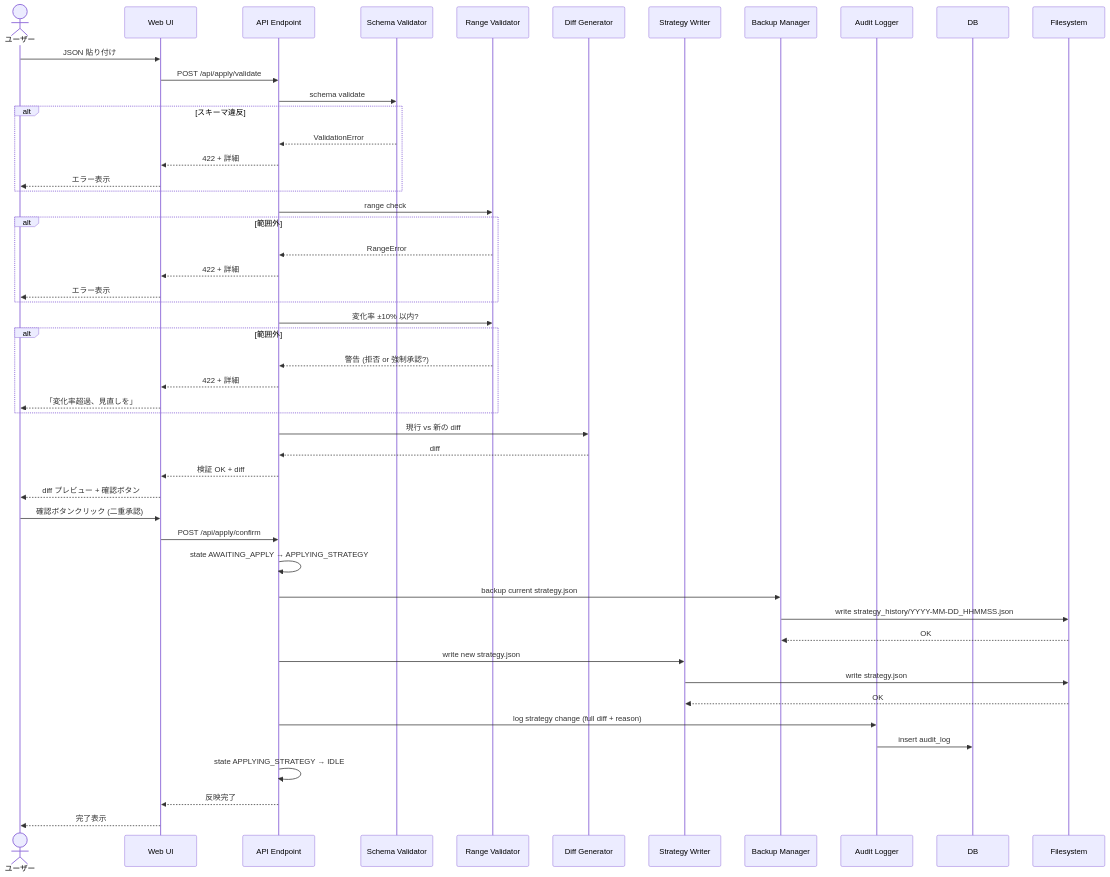
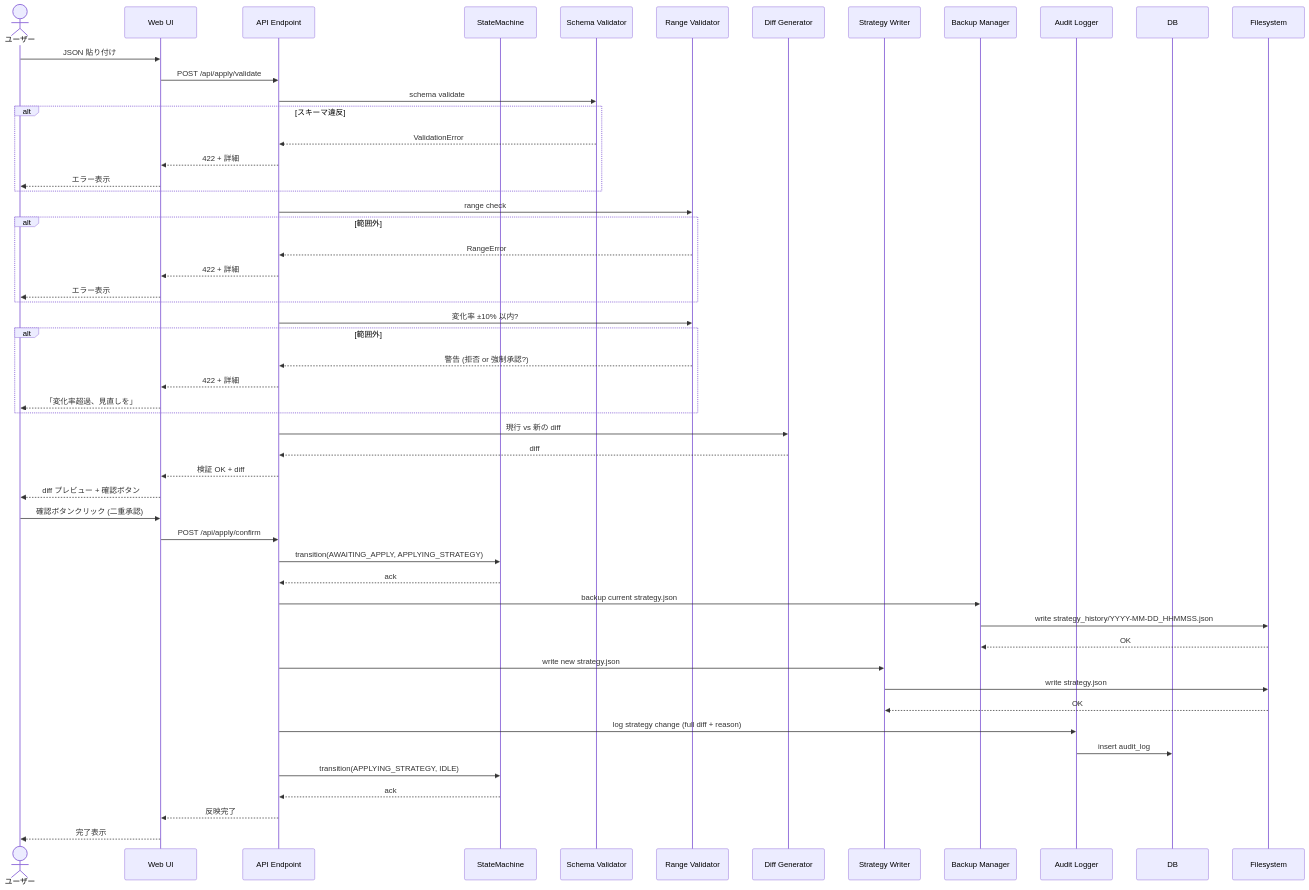
Before and after one commit to matrix9neonebuchadnezzar2199-sketch/YoRuu: the fifth of 7 diagrams in docs/design/06_sequence.md, drawn with Mermaid. The commit also changed other lines of this file and 6 other files, not shown here.

````diff
--- a/docs/design/06_sequence.md
+++ b/docs/design/06_sequence.md
@@ -197,53 +211,56 @@
 ```mermaid
 sequenceDiagram
     actor U as ユーザー
     participant UI as Web UI
     participant AP as API Endpoint
+    participant SM as StateMachine
     participant SV as Schema Validator
     participant RV as Range Validator
     participant DG as Diff Generator
     participant SW as Strategy Writer
     participant BM as Backup Manager
     participant AL as Audit Logger
     participant DB
     participant FS as Filesystem
 
     U->>UI: JSON 貼り付け
     UI->>AP: POST /api/apply/validate
     AP->>SV: schema validate
     alt スキーマ違反
         SV-->>AP: ValidationError
         AP-->>UI: 422 + 詳細
         UI-->>U: エラー表示
     end
     AP->>RV: range check
     alt 範囲外
         RV-->>AP: RangeError
         AP-->>UI: 422 + 詳細
         UI-->>U: エラー表示
     end
     AP->>RV: 変化率 ±10% 以内?
     alt 範囲外
         RV-->>AP: 警告 (拒否 or 強制承認?)
         AP-->>UI: 422 + 詳細
         UI-->>U: 「変化率超過、見直しを」
     end
     AP->>DG: 現行 vs 新の diff
     DG-->>AP: diff
     AP-->>UI: 検証 OK + diff
     UI-->>U: diff プレビュー + 確認ボタン
     U->>UI: 確認ボタンクリック (二重承認)
     UI->>AP: POST /api/apply/confirm
-    AP->>AP: state AWAITING_APPLY → APPLYING_STRATEGY
+    AP->>SM: transition(AWAITING_APPLY, APPLYING_STRATEGY)
+    SM-->>AP: ack
     AP->>BM: backup current strategy.json
     BM->>FS: write strategy_history/YYYY-MM-DD_HHMMSS.json
     FS-->>BM: OK
     AP->>SW: write new strategy.json
     SW->>FS: write strategy.json
     FS-->>SW: OK
     AP->>AL: log strategy change (full diff + reason)
     AL->>DB: insert audit_log
-    AP->>AP: state APPLYING_STRATEGY → IDLE
+    AP->>SM: transition(APPLYING_STRATEGY, IDLE)
+    SM-->>AP: ack
     AP-->>UI: 反映完了
     UI-->>U: 完了表示
 ```
````
